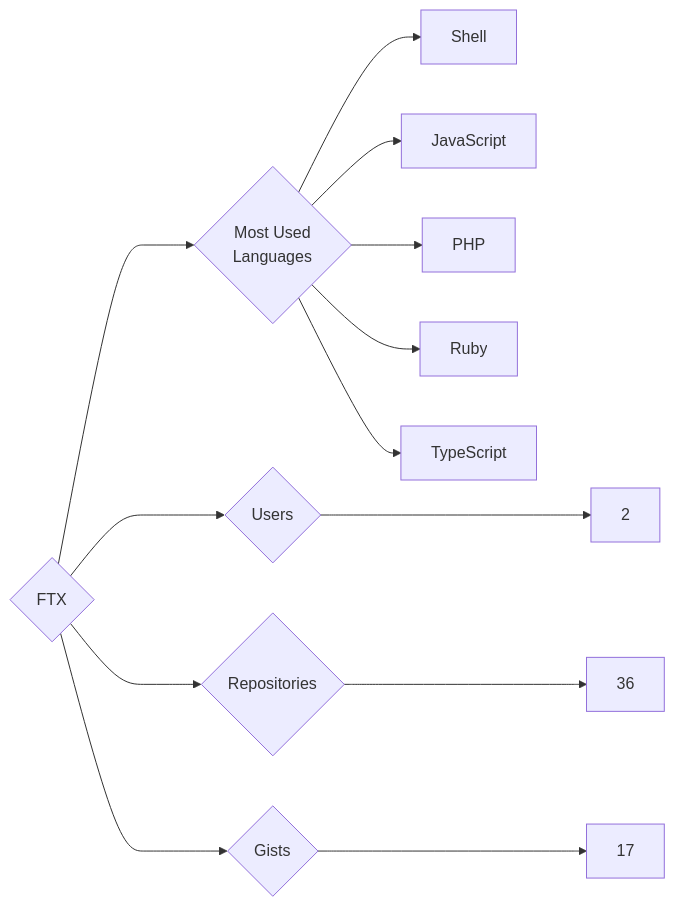
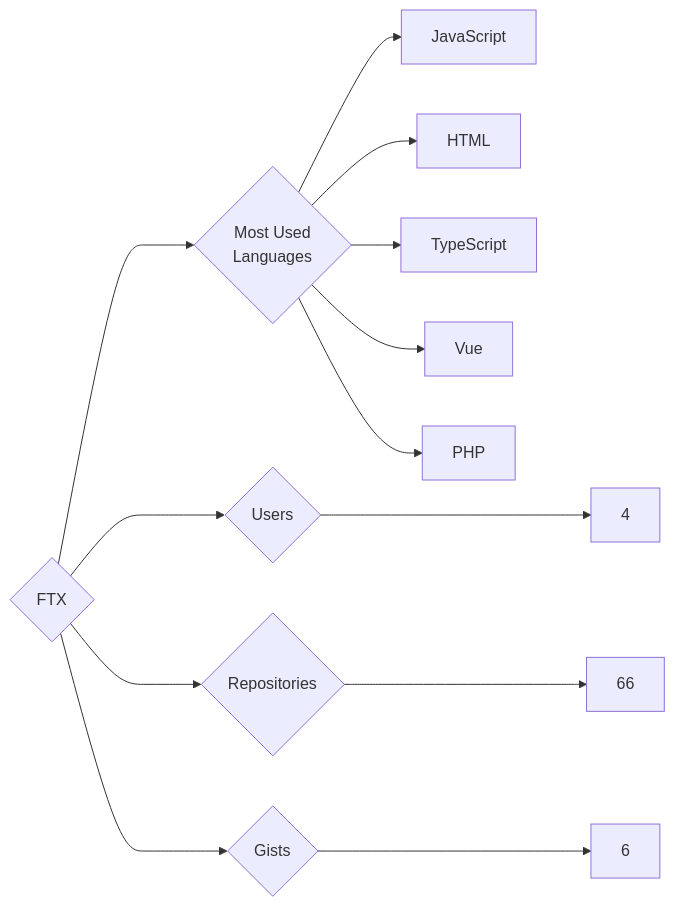
The diagram in targets/FTX/README.md (trickest/insiders), drawn with Mermaid before and after one commit. The commit also changed 859 other files, not shown here.

````diff
--- a/targets/FTX/README.md
+++ b/targets/FTX/README.md
@@ -3,13 +3,13 @@
 ```mermaid
 graph LR
 COMPANY_NAME{FTX}
-COMPANY_NAME ---> U{Users} ---> UN[2]
-COMPANY_NAME ---> R{Repositories} ---> RN[36]
-COMPANY_NAME ---> G{Gists} ---> GN[17]
+COMPANY_NAME ---> U{Users} ---> UN[4]
+COMPANY_NAME ---> R{Repositories} ---> RN[66]
+COMPANY_NAME ---> G{Gists} ---> GN[6]
 COMPANY_NAME ---> ML{Most Used<br>Languages}
-ML --> Shell[Shell]
 ML --> JavaScript[JavaScript]
+ML --> HTML[HTML]
+ML --> TypeScript[TypeScript]
+ML --> Vue[Vue]
 ML --> PHP[PHP]
-ML --> Ruby[Ruby]
-ML --> TypeScript[TypeScript]
 ```
````
